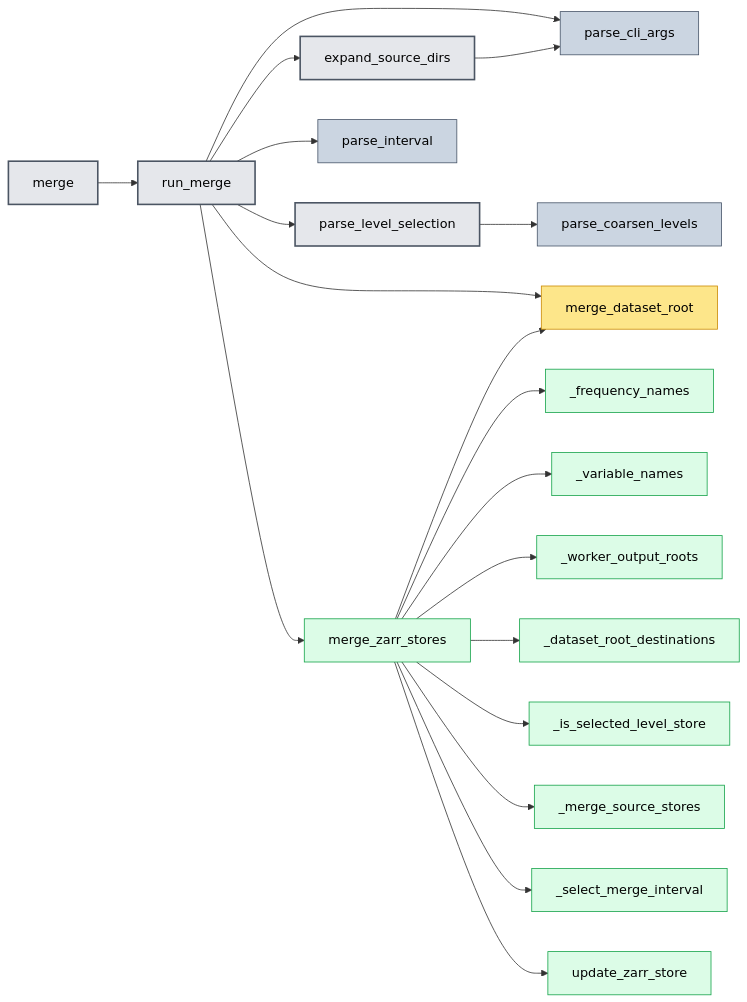
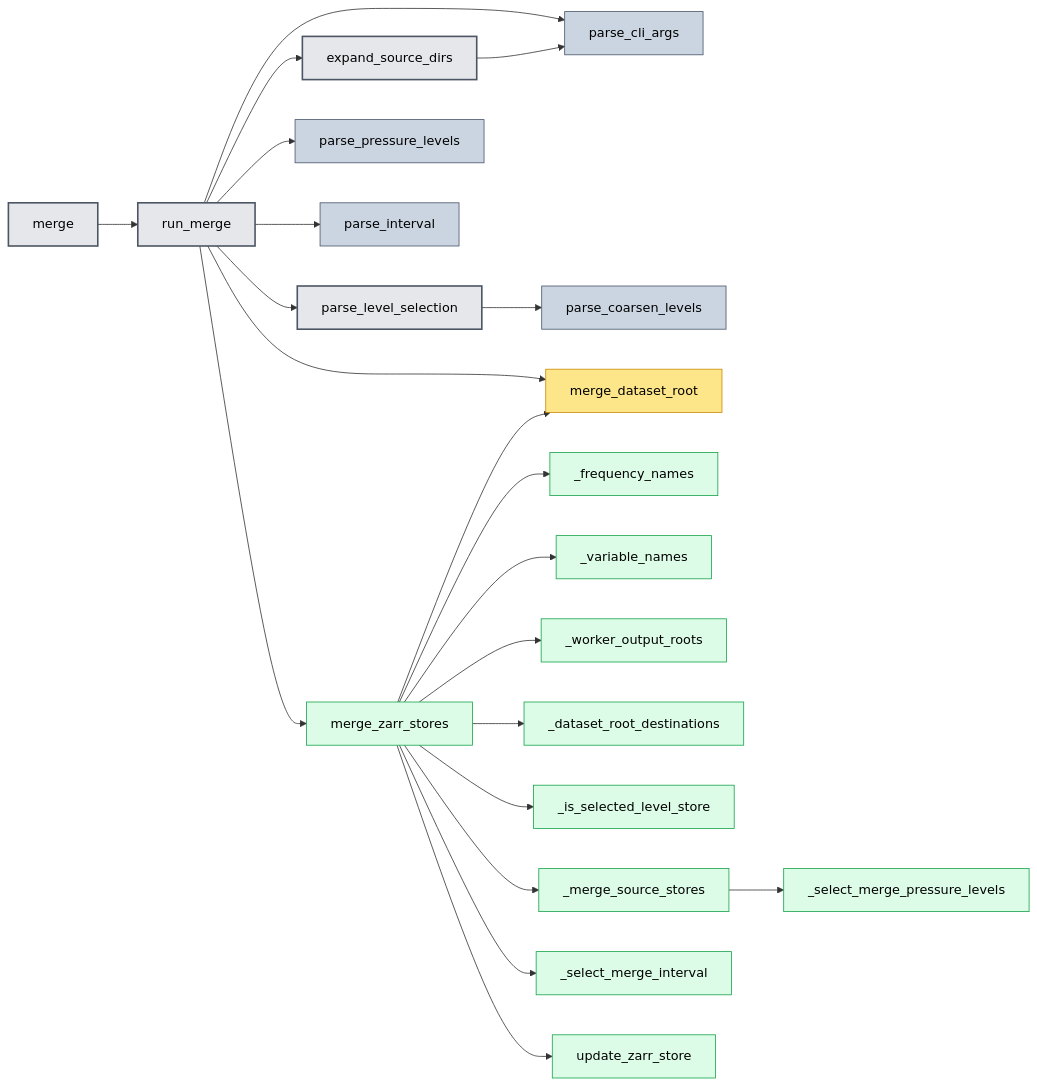
The tenth of 11 diagrams in scripts/era5land/FUNCTION_CALL_GRAPH.md (freva-org/grid-doctor), drawn with Mermaid before and after one commit. The commit also changed 7 other files, not shown here.

Commit message:
feat(merge): add pressure level selection option, add tests, add info in docu

````diff
--- a/scripts/era5land/FUNCTION_CALL_GRAPH.md
+++ b/scripts/era5land/FUNCTION_CALL_GRAPH.md
@@ -490,30 +490,32 @@
 ```mermaid
 flowchart LR
     merge[merge] --> run_merge
     run_merge --> parse_cli_args
     run_merge --> expand_source_dirs
     expand_source_dirs --> parse_cli_args
     run_merge --> parse_level_selection
     parse_level_selection --> parse_coarsen_levels
+    run_merge --> parse_pressure_levels
     run_merge --> parse_interval
     run_merge --> merge_dataset_root    
     run_merge --> merge_zarr_stores
     merge_zarr_stores --> _frequency_names
     merge_zarr_stores --> _variable_names
     merge_zarr_stores --> merge_dataset_root    
     merge_zarr_stores --> _worker_output_roots
     merge_zarr_stores --> _dataset_root_destinations
     merge_zarr_stores --> _is_selected_level_store
     merge_zarr_stores --> _merge_source_stores
     merge_zarr_stores --> _select_merge_interval
+    _merge_source_stores --> _select_merge_pressure_levels
     merge_zarr_stores --> update_zarr_store
 
     class merge,run_merge,expand_source_dirs,parse_level_selection remapper
-    class parse_cli_args,parse_coarsen_levels,parse_interval supporting
-    class merge_zarr_stores,_frequency_names,_variable_names,_worker_output_roots,_dataset_root_destinations,_is_selected_level_store,_merge_source_stores,_select_merge_interval,update_zarr_store zarr_publisher
+    class parse_cli_args,parse_coarsen_levels,parse_pressure_levels,parse_interval supporting
+    class merge_zarr_stores,_frequency_names,_variable_names,_worker_output_roots,_dataset_root_destinations,_is_selected_level_store,_merge_source_stores,_select_merge_interval,_select_merge_pressure_levels,update_zarr_store zarr_publisher
     class merge_dataset_root formatter
     classDef formatter fill:#fde68a,stroke:#ca8a04,color:#000000
     classDef remapper fill:#e5e7eb,stroke:#4b5563,color:#000000,stroke-width:2px
     classDef zarr_publisher fill:#dcfce7,stroke:#16a34a,color:#000000
     classDef supporting fill:#cbd5e1,stroke:#475569,color:#000000
 ```
````
